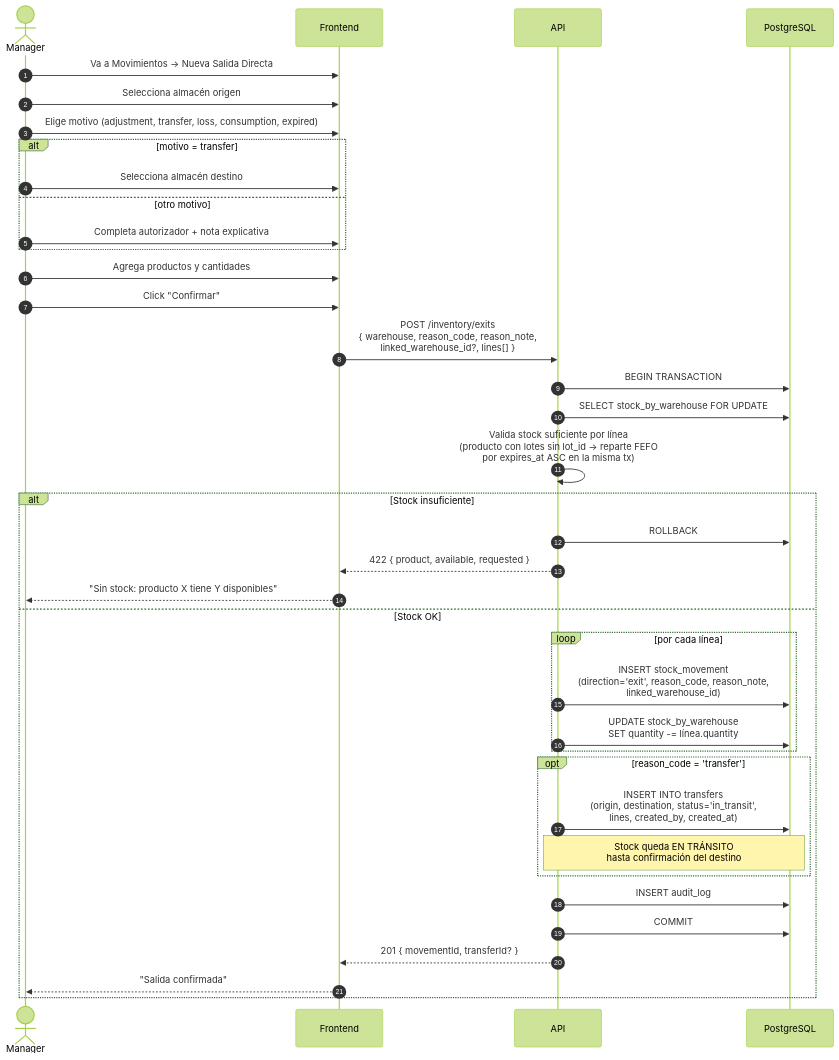
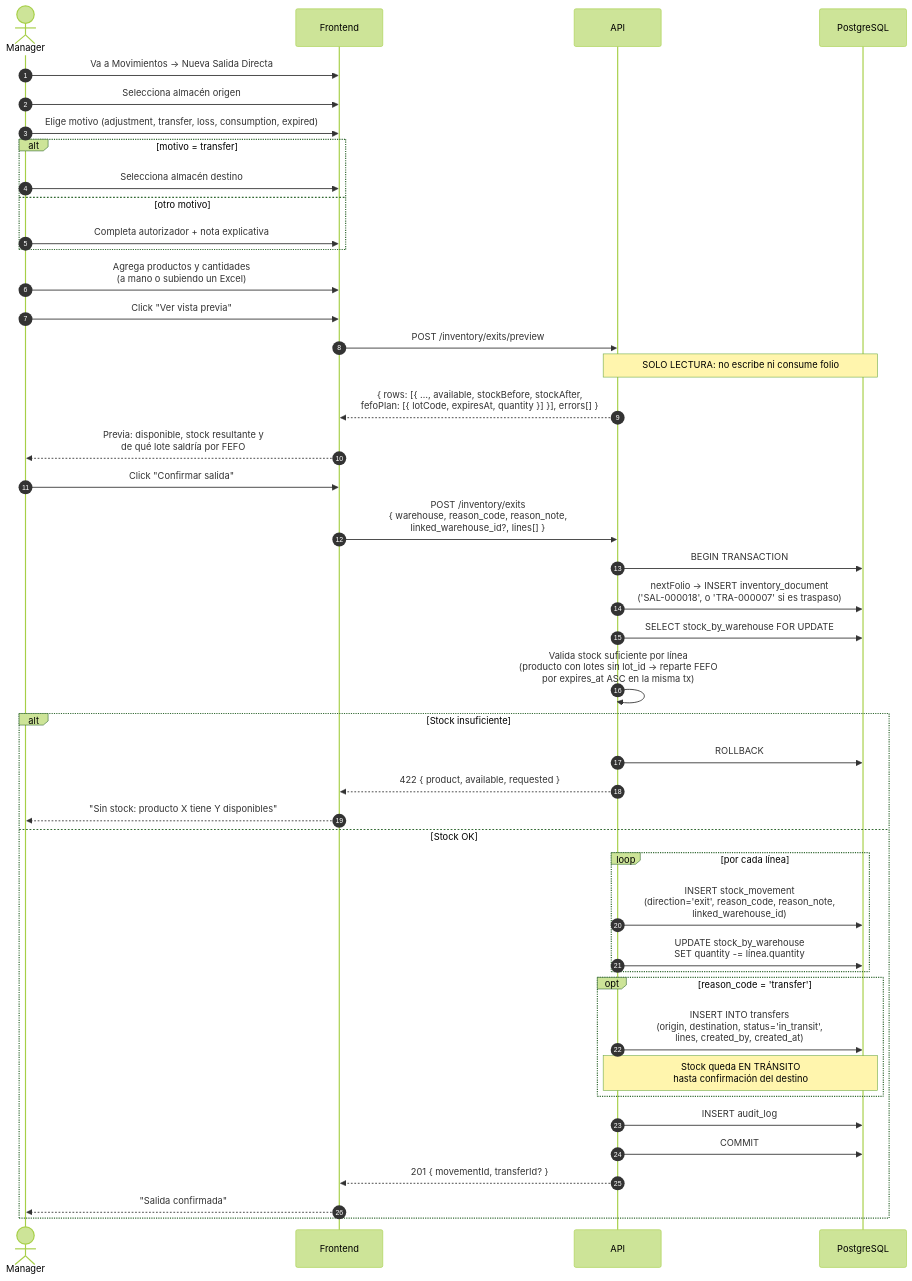
The seventh of 12 diagrams in FLUJOS.md (carloshlm/sellpoint), drawn with Mermaid (forest theme) before and after one commit. The commit also changed other lines of this file and 4 other files, not shown here.

Commit message:
docs(f3): folios, vista previa y pdf para todos los movimientos

````diff
--- a/FLUJOS.md
+++ b/FLUJOS.md
@@ -271,47 +293,55 @@
 ```mermaid
 sequenceDiagram
     autonumber
     actor M as Manager
     participant F as Frontend
     participant API as API
     participant DB as PostgreSQL
 
     M->>F: Va a Movimientos → Nueva Salida Directa
     M->>F: Selecciona almacén origen
     M->>F: Elige motivo (adjustment, transfer, loss, consumption, expired)
 
     alt motivo = transfer
         M->>F: Selecciona almacén destino
     else otro motivo
         M->>F: Completa autorizador + nota explicativa
     end
 
-    M->>F: Agrega productos y cantidades
-    M->>F: Click "Confirmar"
+    M->>F: Agrega productos y cantidades<br/>(a mano o subiendo un Excel)
+
+    M->>F: Click "Ver vista previa"
+    F->>API: POST /inventory/exits/preview
+    Note over API,DB: SOLO LECTURA: no escribe ni consume folio
+    API-->>F: { rows: [{ …, available, stockBefore, stockAfter,<br/>fefoPlan: [{ lotCode, expiresAt, quantity }] }], errors[] }
+    F-->>M: Previa: disponible, stock resultante y<br/>de qué lote saldría por FEFO
+
+    M->>F: Click "Confirmar salida"
     F->>API: POST /inventory/exits<br/>{ warehouse, reason_code, reason_note,<br/>linked_warehouse_id?, lines[] }
 
     API->>DB: BEGIN TRANSACTION
+    API->>DB: nextFolio → INSERT inventory_document<br/>('SAL-000018', o 'TRA-000007' si es traspaso)
     API->>DB: SELECT stock_by_warehouse FOR UPDATE
     API->>API: Valida stock suficiente por línea<br/>(producto con lotes sin lot_id → reparte FEFO<br/>por expires_at ASC en la misma tx)
 
     alt Stock insuficiente
         API->>DB: ROLLBACK
         API-->>F: 422 { product, available, requested }
         F-->>M: "Sin stock: producto X tiene Y disponibles"
     else Stock OK
         loop por cada línea
             API->>DB: INSERT stock_movement<br/>(direction='exit', reason_code, reason_note,<br/>linked_warehouse_id)
             API->>DB: UPDATE stock_by_warehouse<br/>SET quantity -= línea.quantity
         end
 
         opt reason_code = 'transfer'
             API->>DB: INSERT INTO transfers<br/>(origin, destination, status='in_transit',<br/>lines, created_by, created_at)
             Note over API,DB: Stock queda EN TRÁNSITO<br/>hasta confirmación del destino
         end
 
         API->>DB: INSERT audit_log
         API->>DB: COMMIT
         API-->>F: 201 { movementId, transferId? }
         F-->>M: "Salida confirmada"
     end
 ```
````
